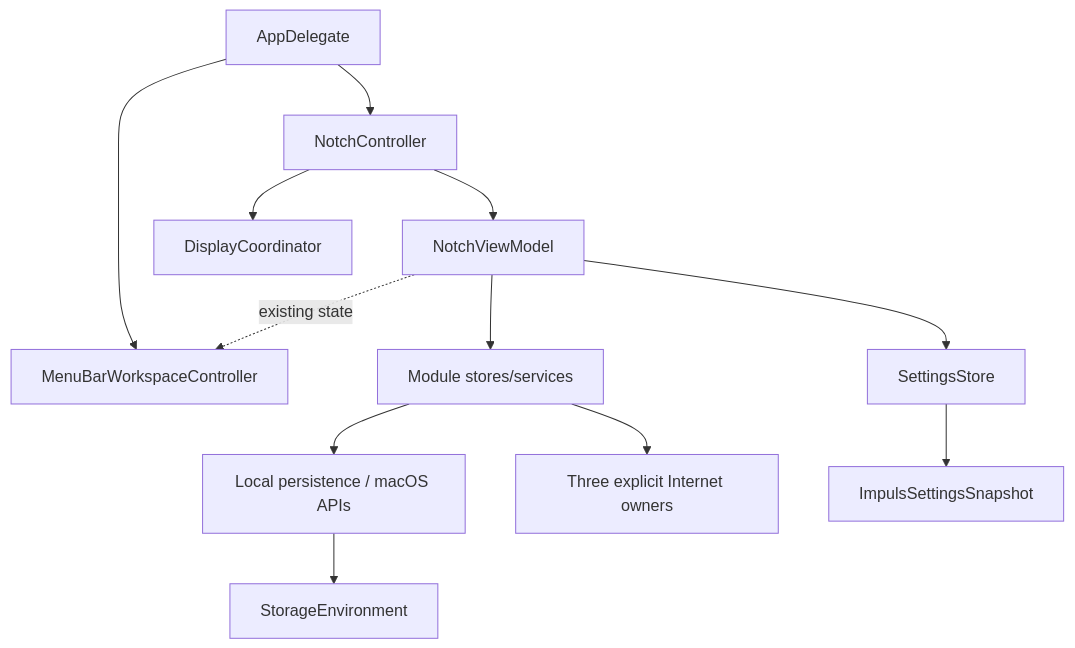
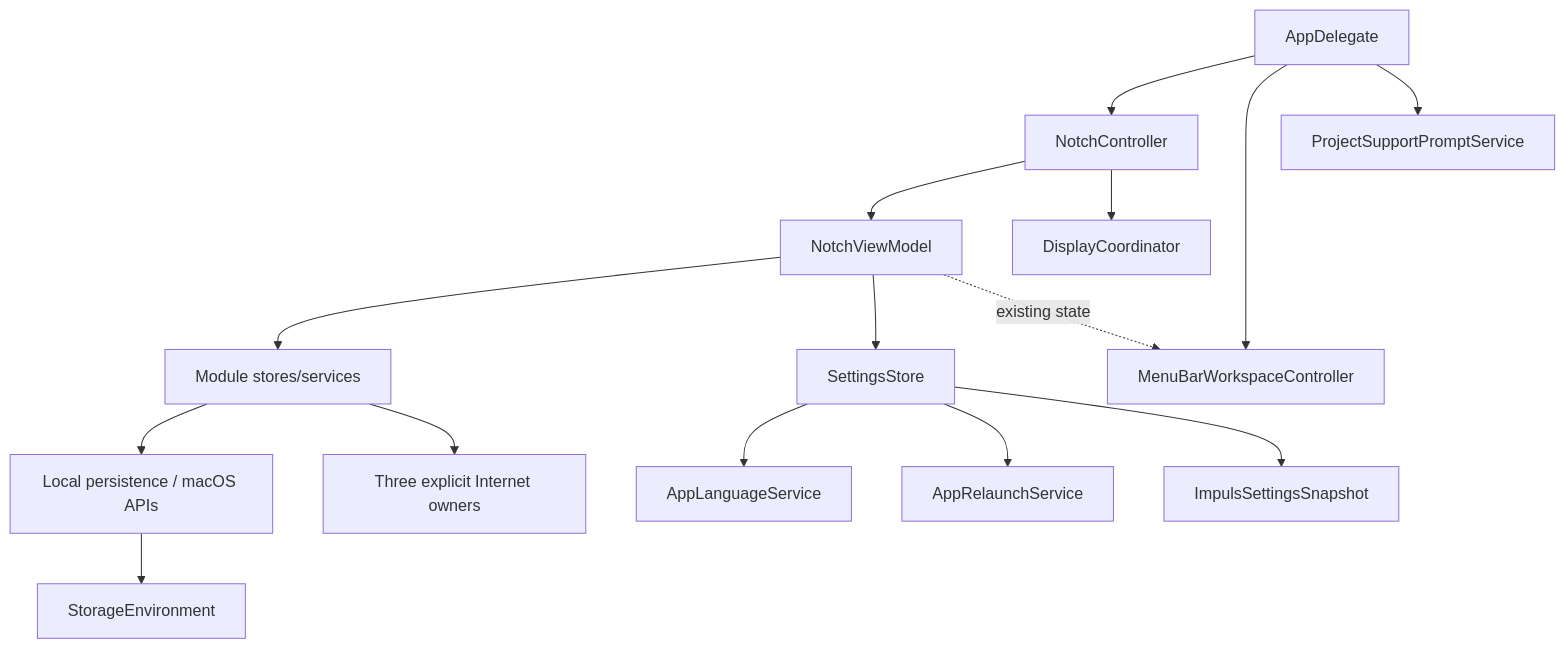
The diagram in knowledge-base/12-reference/core-type-reference.md (TumanovNV/impuls), drawn with Mermaid before and after one commit. The commit also changed other lines of this file and 7 other files, not shown here.

````diff
--- a/knowledge-base/12-reference/core-type-reference.md
+++ b/knowledge-base/12-reference/core-type-reference.md
@@ -21,16 +21,19 @@
 ```mermaid
 flowchart TD
     APP[AppDelegate] --> CTRL[NotchController]
     APP --> MB[MenuBarWorkspaceController]
+    APP --> SUPPORT[ProjectSupportPromptService]
     CTRL --> VM[NotchViewModel]
     CTRL --> DISP[DisplayCoordinator]
     VM --> MOD[Module stores/services]
     VM --> SETTINGS[SettingsStore]
+    SETTINGS --> LANG[AppLanguageService]
+    SETTINGS --> RELAUNCH[AppRelaunchService]
     VM -.existing state.-> MB
 
     MOD --> LOCAL[Local persistence / macOS APIs]
     MOD --> NET[Three explicit Internet owners]
 
     SETTINGS --> SNAP[ImpulsSettingsSnapshot]
     LOCAL --> ENV[StorageEnvironment]
 ```
````
